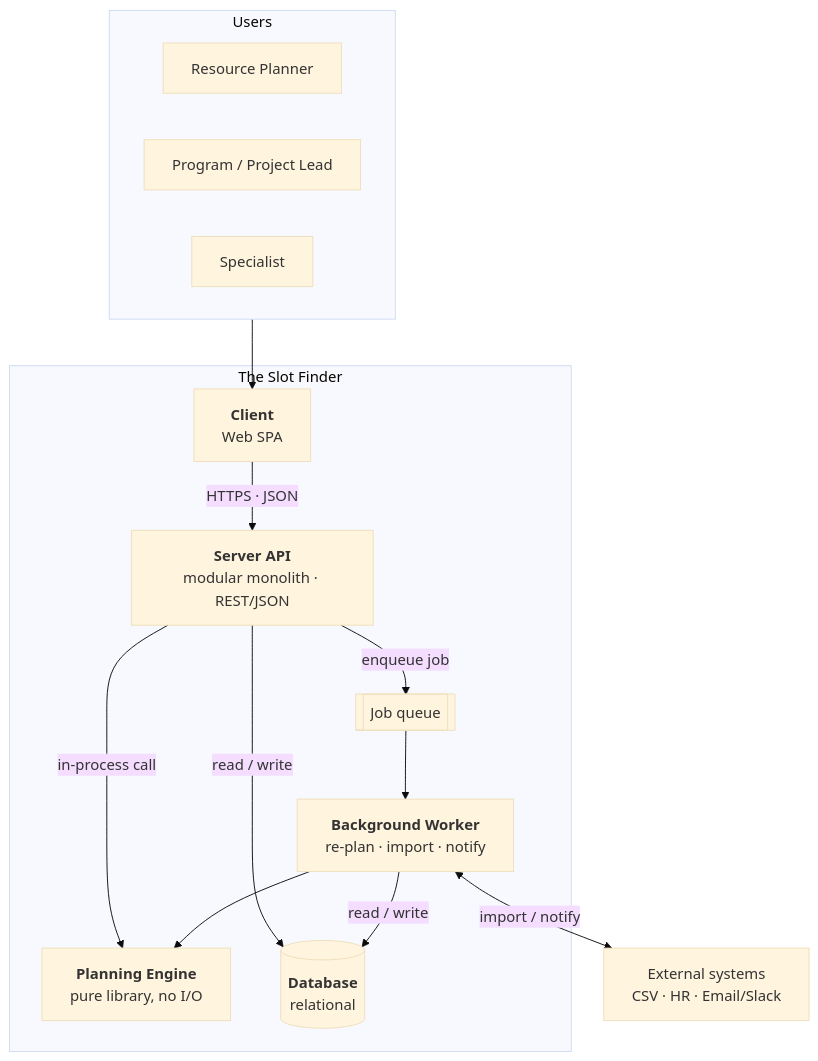
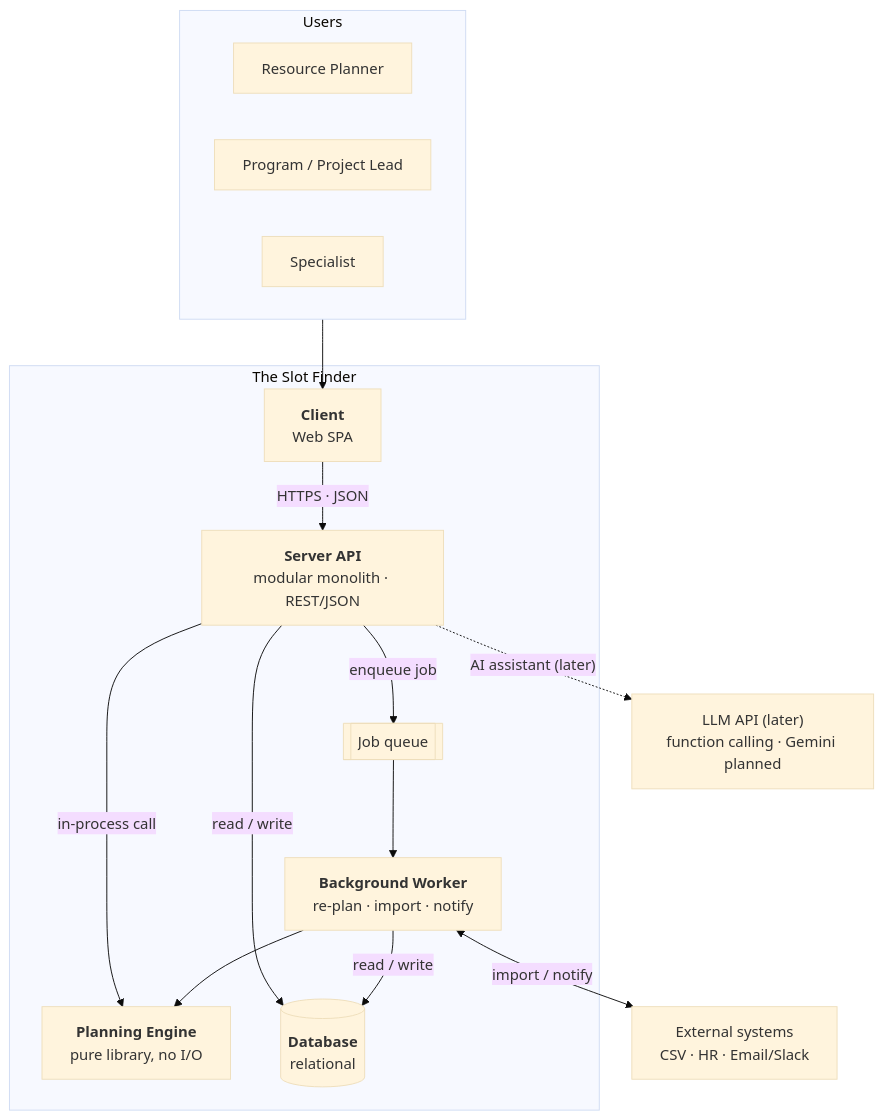
The second of 8 diagrams in README.md (dophnamm/the-slot-finder), drawn with Mermaid (base theme) before and after one commit. The commit also changed other lines of this file and 4 other files, not shown here.

````diff
--- a/README.md
+++ b/README.md
@@ -83,29 +91,31 @@
 ```mermaid
 flowchart TB
   subgraph users["Users"]
     planner["Resource Planner"]
     lead["Program / Project Lead"]
     spec["Specialist"]
   end
 
   subgraph sf["The Slot Finder"]
     client["<b>Client</b><br/>Web SPA"]
     api["<b>Server API</b><br/>modular monolith · REST/JSON"]
     engine["<b>Planning Engine</b><br/>pure library, no I/O"]
     queue[["Job queue"]]
     worker["<b>Background Worker</b><br/>re-plan · import · notify"]
     db[("<b>Database</b><br/>relational")]
   end
 
   ext["External systems<br/>CSV · HR · Email/Slack"]
+  llm["LLM API (later)<br/>function calling · Gemini planned"]
 
   users --> client
   client -->|"HTTPS · JSON"| api
   api -->|"in-process call"| engine
   api -->|"read / write"| db
   api -->|"enqueue job"| queue
   queue --> worker
   worker --> engine
   worker -->|"read / write"| db
   worker <-->|"import / notify"| ext
+  api -.->|"AI assistant (later)"| llm
 ```
````
